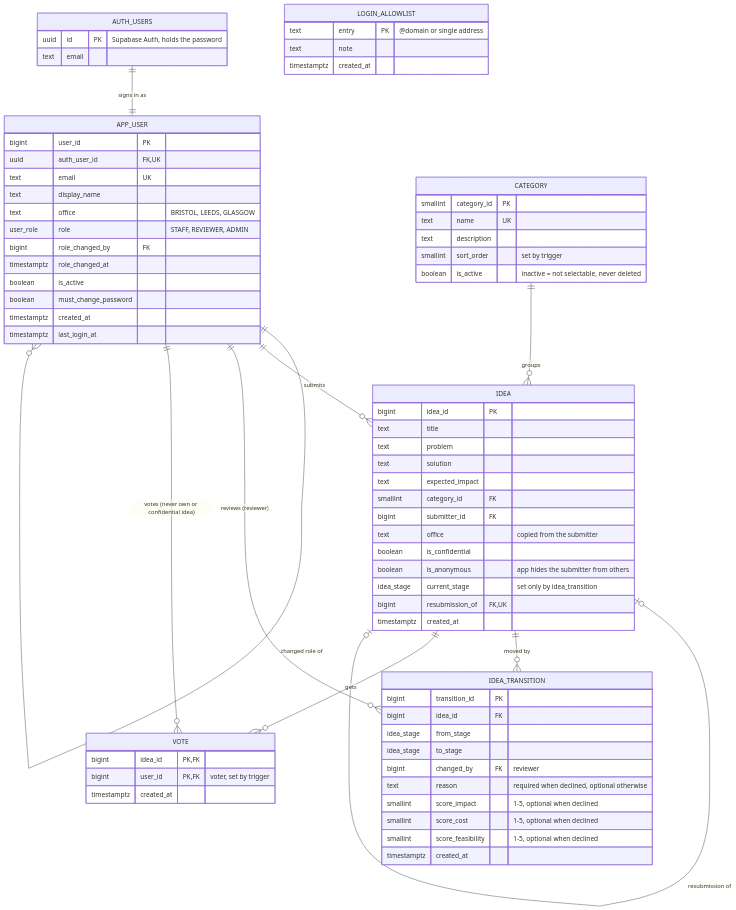
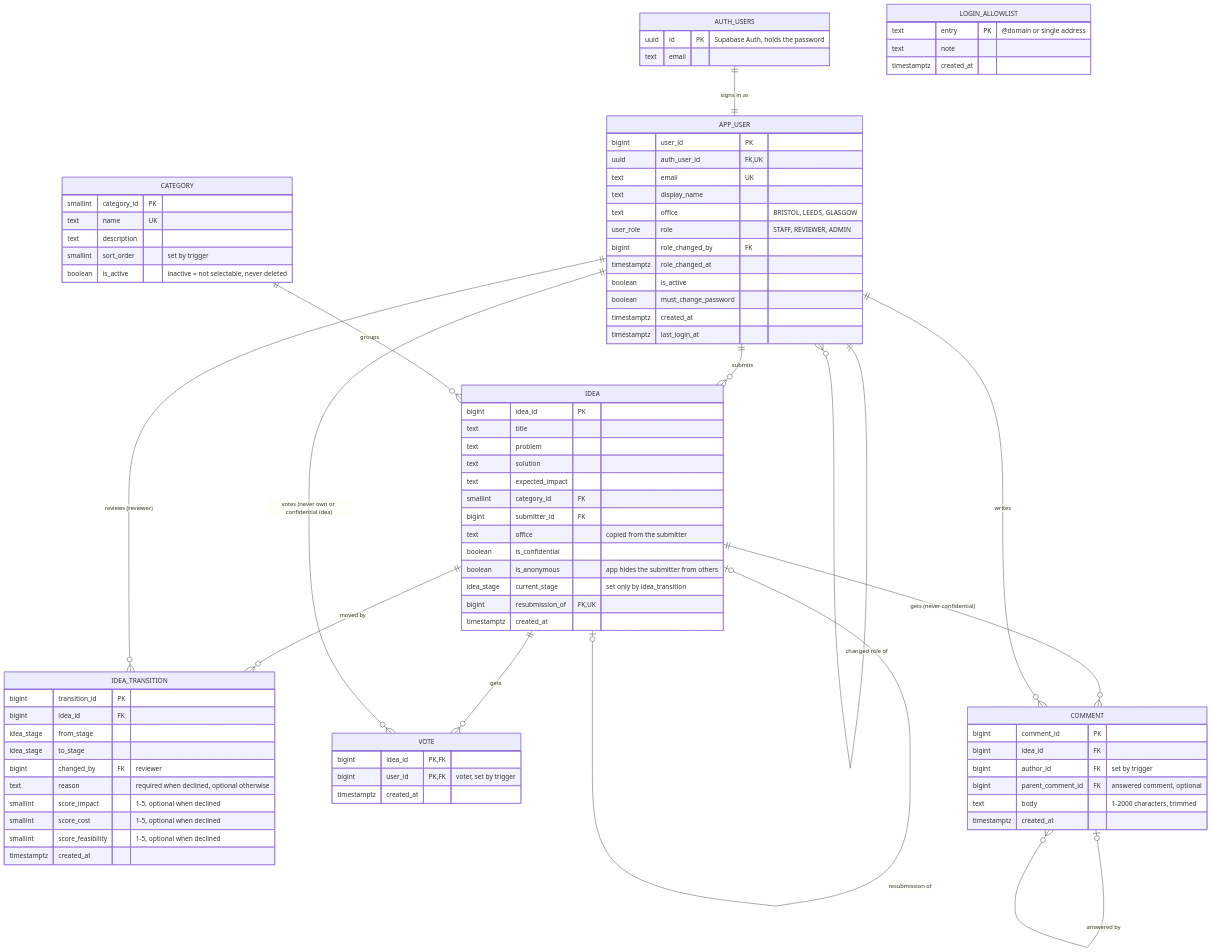
The diagram in design/DataModel/Implemented-Datamodel/dataModel.md (mistakanista/ideaforge), drawn with Mermaid before and after one commit. The commit also changed other lines of this file and 5 other files, not shown here.

````diff
--- a/design/DataModel/Implemented-Datamodel/dataModel.md
+++ b/design/DataModel/Implemented-Datamodel/dataModel.md
@@ -18,6 +18,9 @@
     APP_USER ||--o{ IDEA_TRANSITION : "reviews (reviewer)"
     IDEA ||--o{ VOTE : "gets"
     APP_USER ||--o{ VOTE : "votes (never own or confidential idea)"
+    IDEA ||--o{ COMMENT : "gets (never confidential)"
+    APP_USER ||--o{ COMMENT : writes
+    COMMENT |o--o{ COMMENT : "answered by"
 
     AUTH_USERS {
         uuid id PK "Supabase Auth, holds the password"
@@ -81,4 +84,12 @@
         bigint user_id PK,FK "voter, set by trigger"
         timestamptz created_at
     }
+    COMMENT {
+        bigint comment_id PK
+        bigint idea_id FK
+        bigint author_id FK "set by trigger"
+        bigint parent_comment_id FK "answered comment, optional"
+        text body "1-2000 characters, trimmed"
+        timestamptz created_at
+    }
 ```
````
